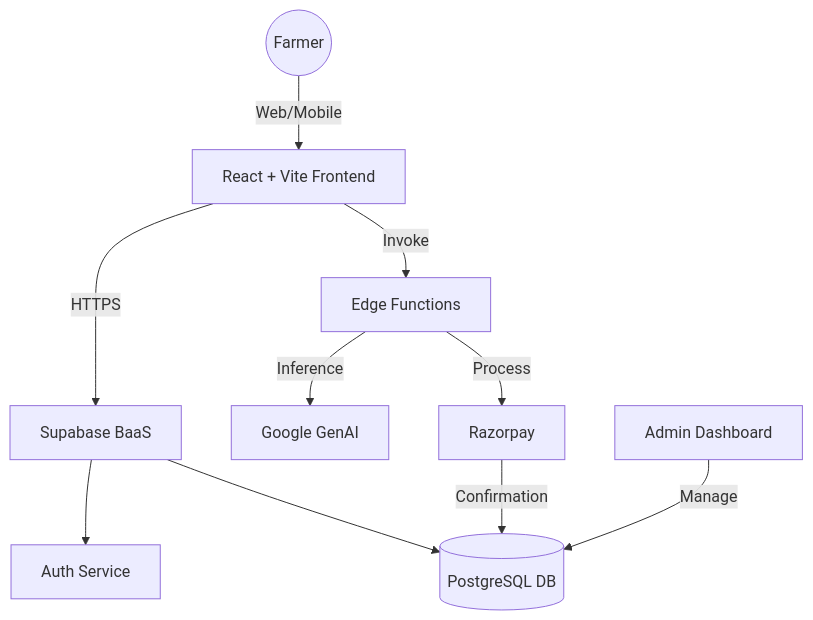
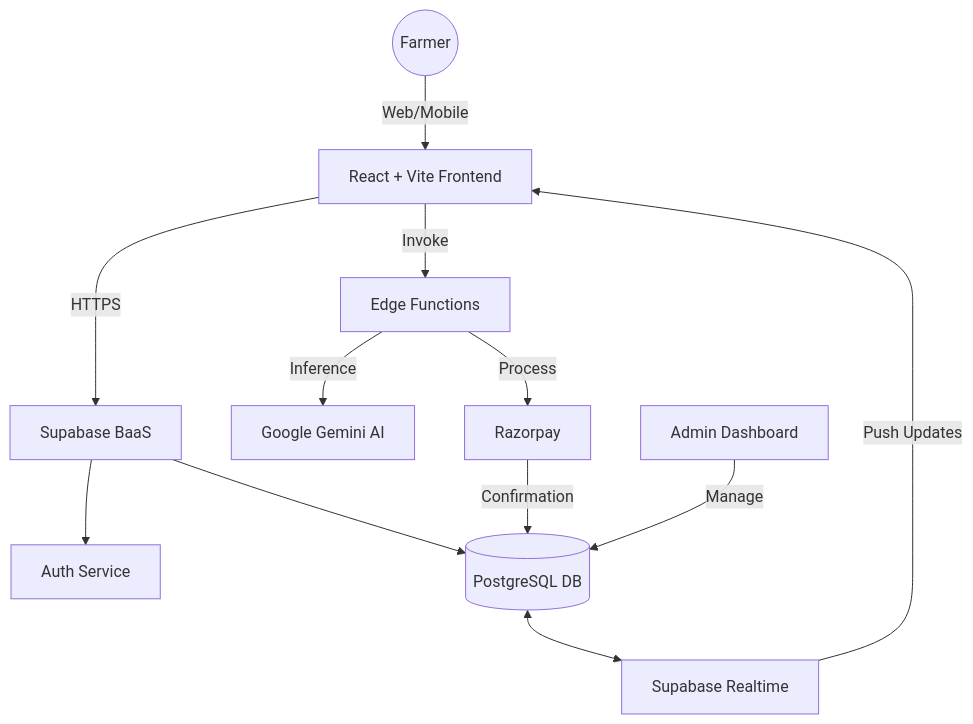
Before and after one commit to Neerajkumar151/KrishiSanjivni: the diagram in README.md, drawn with Mermaid. The commit also changed other lines of this file and 1 other file, not shown here.

````diff
--- a/README.md
+++ b/README.md
@@ -136,24 +135,27 @@
 ```mermaid
 graph TD
     User((Farmer))
     Frontend[React + Vite Frontend]
     Supabase[Supabase BaaS]
     Auth[Auth Service]
     DB[(PostgreSQL DB)]
+    Realtime[Supabase Realtime]
     Edge[Edge Functions]
-    AI[Google GenAI]
+    AI[Google Gemini AI]
     Pay[Razorpay]
     Admin[Admin Dashboard]
 
     User -->|Web/Mobile| Frontend
     Frontend -->|HTTPS| Supabase
     Supabase --> Auth
     Supabase --> DB
+    DB <--> Realtime
+    Realtime -->|Push Updates| Frontend
     
     Frontend -->|Invoke| Edge
     Edge -->|Process| Pay
     Edge -->|Inference| AI
     
     Pay -->|Confirmation| DB
     Admin -->|Manage| DB
 ```
````
